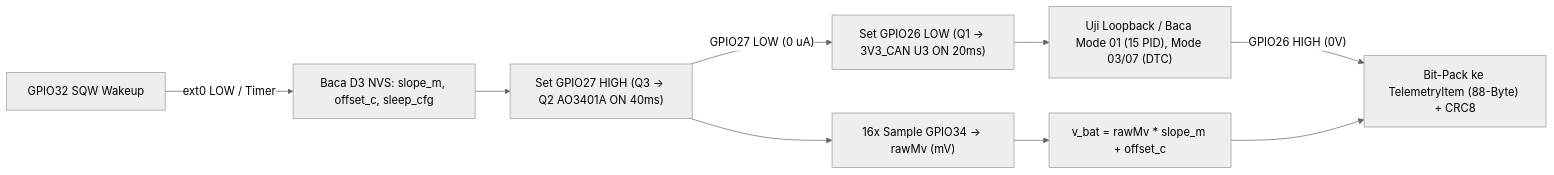
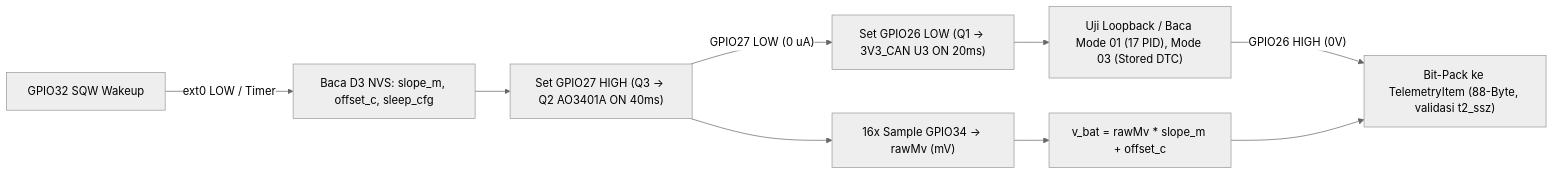
Before and after one commit to Syzafid/OrionTelemetry: the third of 4 diagrams in docs/docs/architecture/data-flow-dfd.md, drawn with Mermaid (neutral theme). The commit also changed other lines of this file and 9 other files, not shown here.

````diff
--- a/docs/docs/architecture/data-flow-dfd.md
+++ b/docs/docs/architecture/data-flow-dfd.md
@@ -116,11 +116,11 @@
 ```mermaid
 flowchart LR
   RTC_IRQ["GPIO32 SQW Wakeup"] -->|"ext0 LOW / Timer"| LOAD_NVS["Baca D3 NVS: slope_m, offset_c, sleep_cfg"]
   LOAD_NVS --> GATE_ADC["Set GPIO27 HIGH (Q3 -> Q2 AO3401A ON 40ms)"]
   GATE_ADC --> ADC_READ["16x Sample GPIO34 -> rawMv (mV)"]
   ADC_READ --> CALC_V["v_bat = rawMv * slope_m + offset_c"]
   GATE_ADC -->|"GPIO27 LOW (0 uA)"| GATE_CAN["Set GPIO26 LOW (Q1 -> 3V3_CAN U3 ON 20ms)"]
-  GATE_CAN --> CAN_POLL["Uji Loopback / Baca Mode 01 (15 PID), Mode 03/07 (DTC)"]
-  CAN_POLL -->|"GPIO26 HIGH (0V)"| PACK["Bit-Pack ke TelemetryItem (88-Byte) + CRC8"]
+  GATE_CAN --> CAN_POLL["Uji Loopback / Baca Mode 01 (17 PID), Mode 03 (Stored DTC)"]
+  CAN_POLL -->|"GPIO26 HIGH (0V)"| PACK["Bit-Pack ke TelemetryItem (88-Byte, validasi t2_ssz)"]
   CALC_V --> PACK
 ```
````
